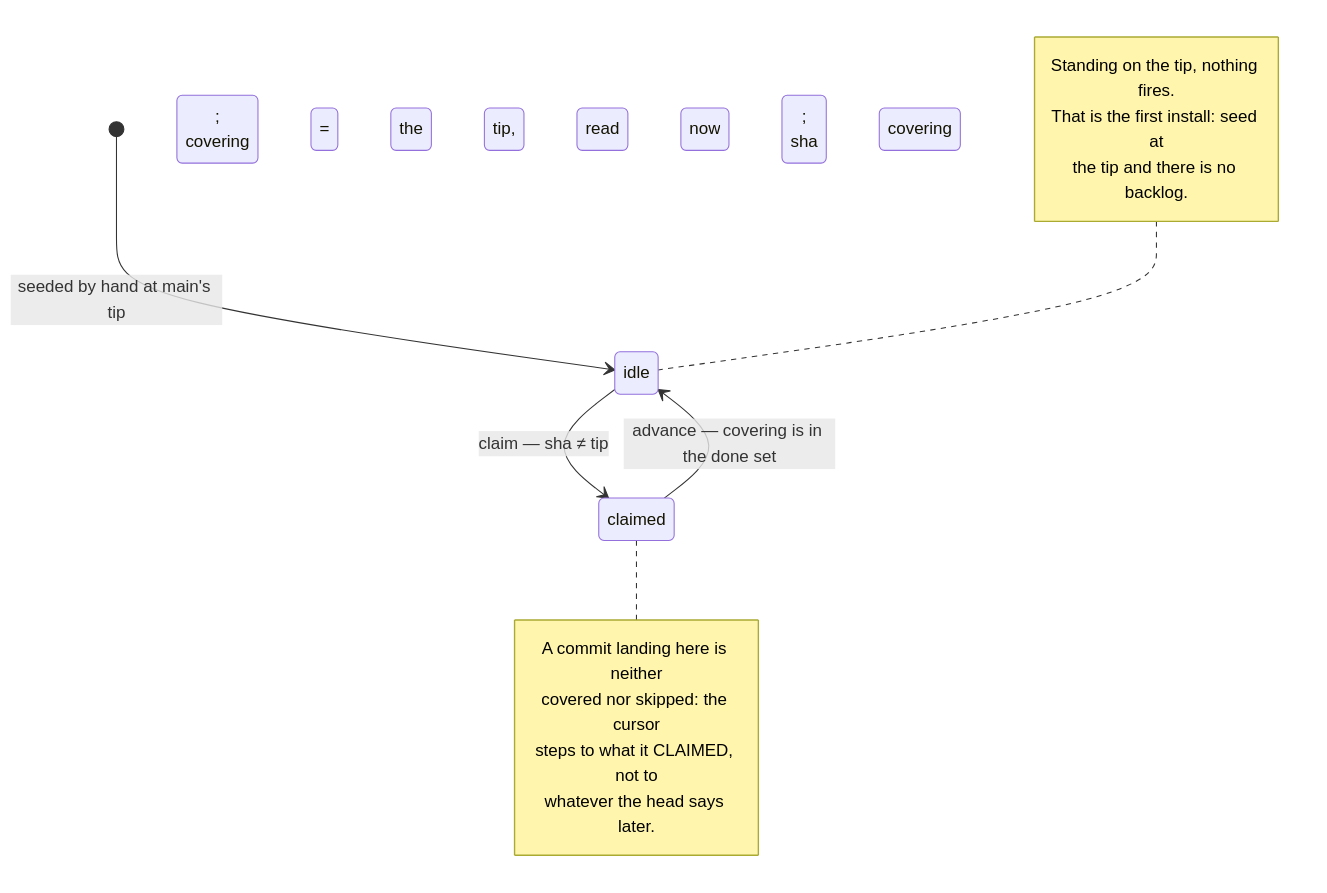
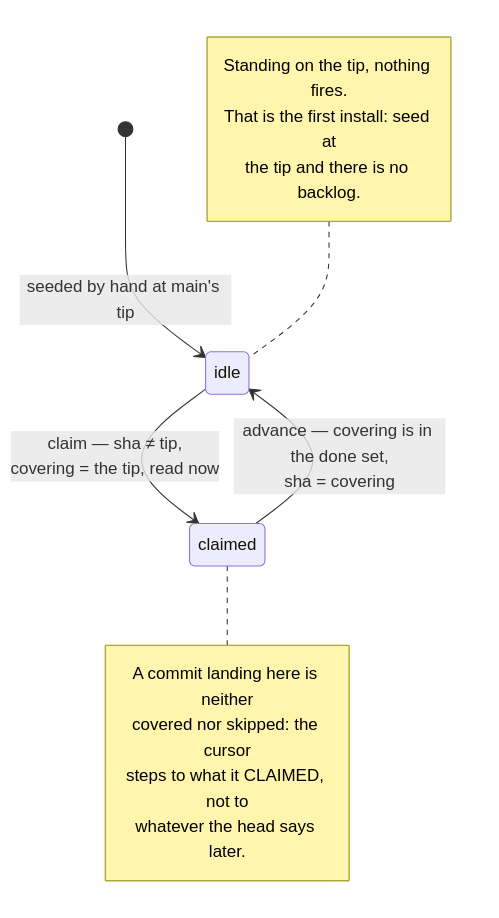
One commit to signadot/viff changed the second of 5 diagrams in docs/working/comment-drift-states.md. Above: the diagram before and after it, drawn with Mermaid. The commit also changed other lines of this file, not shown here.

Commit message:
docs: a `;` in a mermaid label builds three states out of one sentence
`undecided --> stale: proposal-outrun — base ≠ tip;<br/>the branch is deleted` rendered as the
transition plus four loose boxes reading "the", "branch", "is", "deleted". A `;` TERMINATES the
statement, so everything after it was read as fresh statements and each bare word became a state.

It parses. That is the whole problem with this one: `make check-mermaid` passes, because the
diagram is valid — it just means something else than it says, and the only way to see that is to
look at the picture or at the node table mermaid builds from it. Three of these had crept in, in
two labels and a note.

check-mermaid's own help lists `;` as one of the two traps that have bitten before, which I read
while fixing the previous two faults on this page and then walked into anyway. Commas and full
stops throughout now.

Checked by parsing each block and printing the states mermaid actually built: the cursor has
`idle | claimed`, the range `derived | gathered | reviewed | failed`, the finding `open |
resolved`, and the composites `unpinned | undecided` and `cut | loaded | landing` — no loose
words among them.

Tier: fix

````diff
--- a/docs/working/comment-drift-states.md
+++ b/docs/working/comment-drift-states.md
@@ -55,17 +55,17 @@
 ```mermaid
 stateDiagram-v2
     [*] --> idle: seeded by hand at main's tip
-    idle --> claimed: claim — sha ≠ tip;<br/>covering = the tip, read now
-    claimed --> idle: advance — covering is in the done set;<br/>sha = covering
+    idle --> claimed: claim — sha ≠ tip,<br/>covering = the tip, read now
+    claimed --> idle: advance — covering is in the done set,<br/>sha = covering
     note right of claimed
       A commit landing here is neither
       covered nor skipped: the cursor
       steps to what it CLAIMED, not to
       whatever the head says later.
     end note
     note left of idle
       Standing on the tip, nothing fires.
       That is the first install: seed at
       the tip and there is no backlog.
     end note
 ```
````
